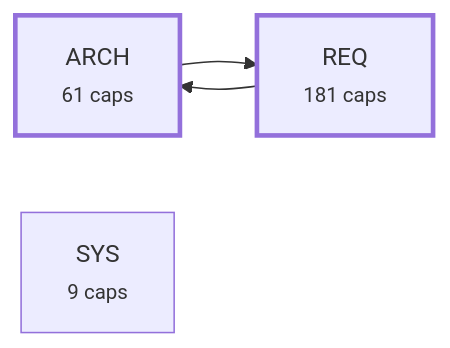
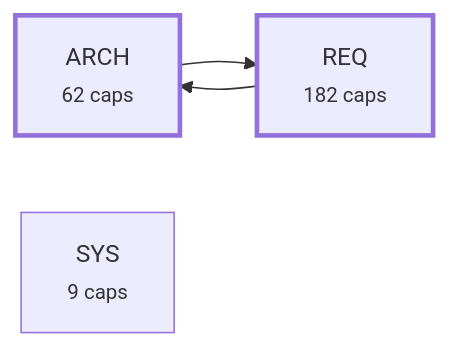
Before and after one commit to alxmax/Requirement-manager: the third of 4 diagrams in plugin/requirements/_map.md, drawn with Mermaid. The commit also changed other lines of this file and 16 other files, not shown here.

````diff
--- a/plugin/requirements/_map.md
+++ b/plugin/requirements/_map.md
@@ -936,10 +944,10 @@
 ```mermaid
 graph LR
-  a_ARCH["ARCH<br><small>61 caps</small>"]
-  a_REQ["REQ<br><small>181 caps</small>"]
+  a_ARCH["ARCH<br><small>62 caps</small>"]
+  a_REQ["REQ<br><small>182 caps</small>"]
   a_SYS["SYS<br><small>9 caps</small>"]
   a_ARCH --> a_REQ
   a_REQ --> a_ARCH
   style a_ARCH stroke-width:3px
   style a_REQ stroke-width:3px
 ```
````
